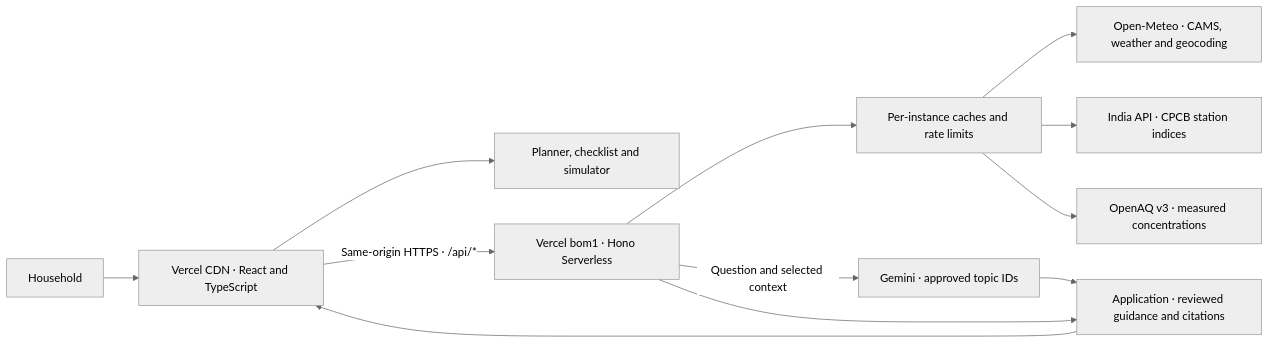
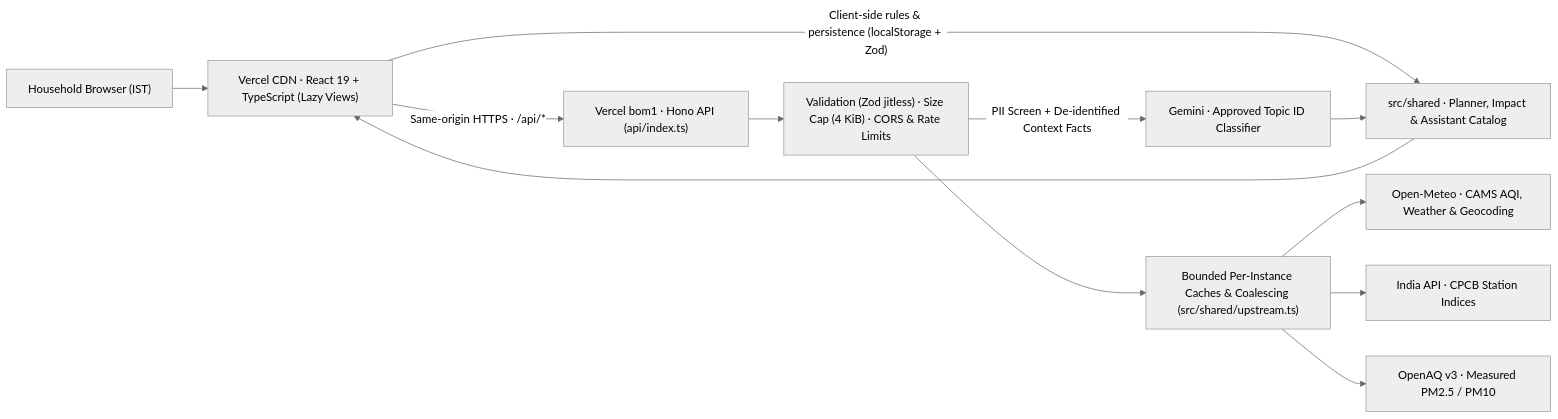
One commit to jatinkumar11954/AQI changed the diagram in README.md. Above: the diagram before and after it, drawn with Mermaid (neutral theme). The commit also changed other lines of this file and 42 other files, not shown here.

````diff
--- a/README.md
+++ b/README.md
@@ -16,14 +40,14 @@
 ```mermaid
 flowchart LR
-  USER[Household] --> CLIENT[Vercel CDN · React and TypeScript]
-  CLIENT --> RULES[Planner, checklist and simulator]
-  CLIENT -->|Same-origin HTTPS · /api/*| API[Vercel bom1 · Hono Serverless]
-  API --> CACHE[Per-instance caches and rate limits]
-  CACHE --> CAMS[Open-Meteo · CAMS, weather and geocoding]
-  CACHE --> RELAY[India API · CPCB station indices]
-  CACHE --> OPENAQ[OpenAQ v3 · measured concentrations]
-  API -->|Question and selected context| GEMINI[Gemini · approved topic IDs]
-  GEMINI --> CATALOG[Application · reviewed guidance and citations]
-  API --> CATALOG
-  CATALOG --> CLIENT
+  USER["Household Browser (IST)"] --> CLIENT["Vercel CDN · React 19 + TypeScript (Lazy Views)"]
+  CLIENT -->|"Client-side rules & persistence (localStorage + Zod)"| SHARED["src/shared · Planner, Impact & Assistant Catalog"]
+  CLIENT -->|"Same-origin HTTPS · /api/*"| API["Vercel bom1 · Hono API (api/index.ts)"]
+  API --> GUARD["Validation (Zod jitless) · Size Cap (4 KiB) · CORS & Rate Limits"]
+  GUARD --> CACHE["Bounded Per-Instance Caches & Coalescing (src/shared/upstream.ts)"]
+  CACHE --> CAMS["Open-Meteo · CAMS AQI, Weather & Geocoding"]
+  CACHE --> RELAY["India API · CPCB Station Indices"]
+  CACHE --> OPENAQ["OpenAQ v3 · Measured PM2.5 / PM10"]
+  GUARD -->|"PII Screen + De-identified Context Facts"| GEMINI["Gemini · Approved Topic ID Classifier"]
+  GEMINI --> SHARED
+  SHARED --> CLIENT
 ```
````
